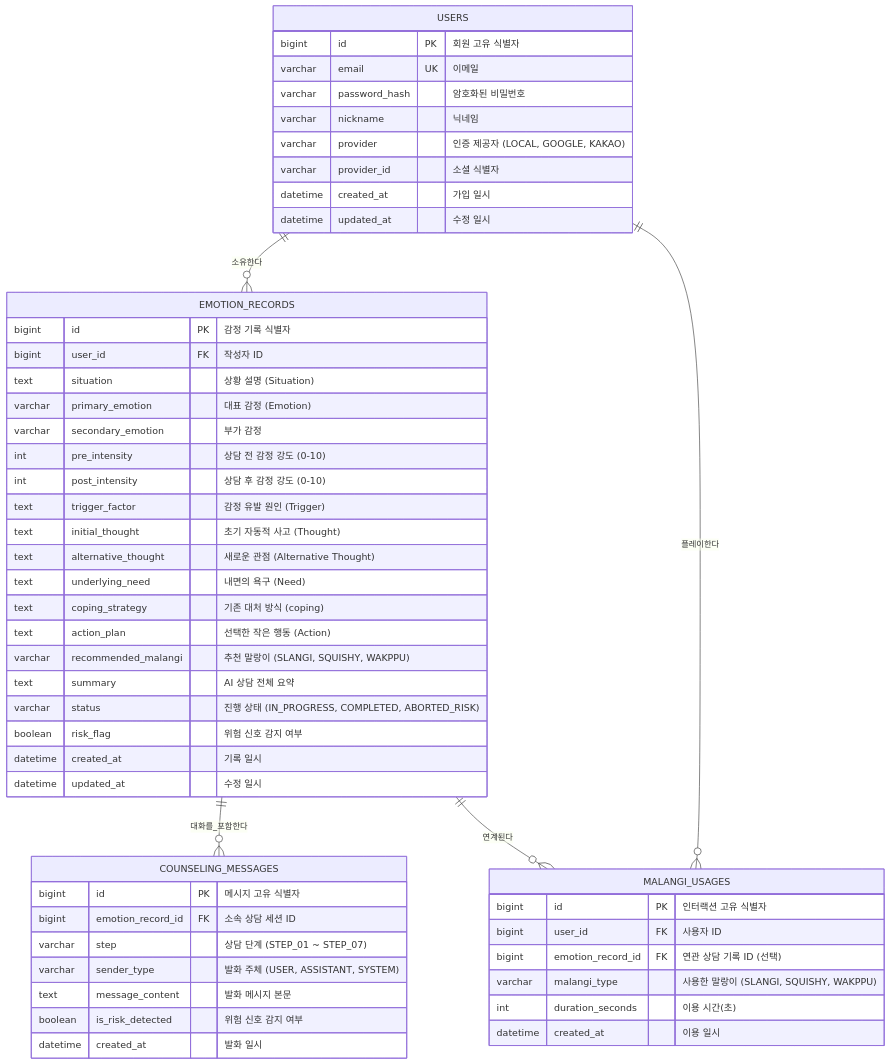
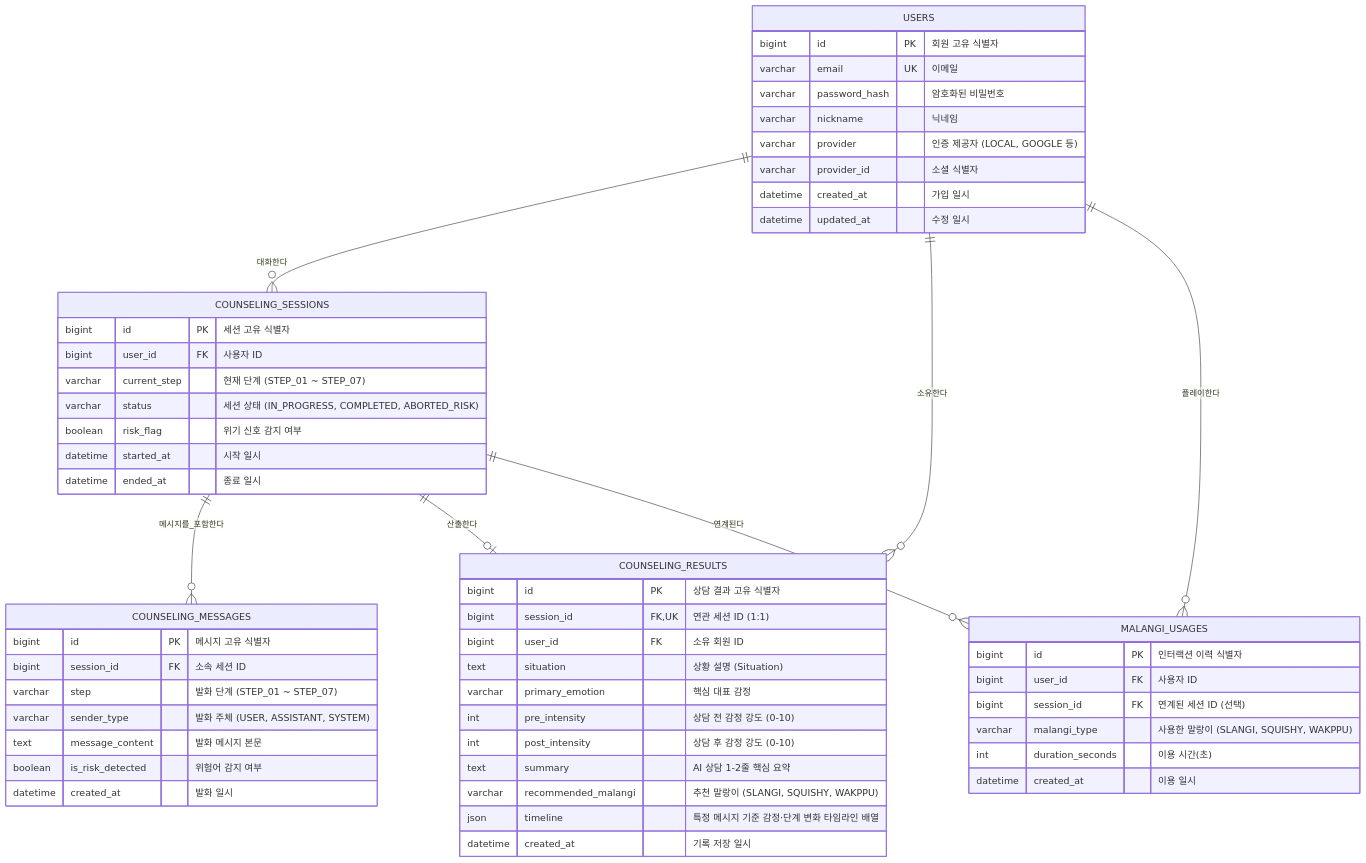
The diagram in docs/database.md (2026Ganzi-Thon/2026_GANZITHON_TEAM_07_BE), drawn with Mermaid before and after one commit. The commit also changed other lines of this file and 1 other file, not shown here.

Commit message:
refactor(db,api): AI 대화 세션 분리 및 상담 결과 타임라인 JSON 배열 구조 반영

````diff
--- a/docs/database.md
+++ b/docs/database.md
@@ -21,59 +21,63 @@
 ```mermaid
 erDiagram
-    USERS ||--o{ EMOTION_RECORDS : "소유한다"
+    USERS ||--o{ COUNSELING_SESSIONS : "대화한다"
+    USERS ||--o{ COUNSELING_RESULTS : "소유한다"
     USERS ||--o{ MALANGI_USAGES : "플레이한다"
-    EMOTION_RECORDS ||--o{ COUNSELING_MESSAGES : "대화를_포함한다"
-    EMOTION_RECORDS ||--o{ MALANGI_USAGES : "연계된다"
+    COUNSELING_SESSIONS ||--o{ COUNSELING_MESSAGES : "메시지를_포함한다"
+    COUNSELING_SESSIONS ||--o| COUNSELING_RESULTS : "산출한다"
+    COUNSELING_SESSIONS ||--o{ MALANGI_USAGES : "연계된다"
 
     USERS {
         bigint id PK "회원 고유 식별자"
         varchar email UK "이메일"
         varchar password_hash "암호화된 비밀번호"
         varchar nickname "닉네임"
-        varchar provider "인증 제공자 (LOCAL, GOOGLE, KAKAO)"
+        varchar provider "인증 제공자 (LOCAL, GOOGLE 등)"
         varchar provider_id "소셜 식별자"
         datetime created_at "가입 일시"
         datetime updated_at "수정 일시"
     }
 
-    EMOTION_RECORDS {
-        bigint id PK "감정 기록 식별자"
-        bigint user_id FK "작성자 ID"
-        text situation "상황 설명 (Situation)"
-        varchar primary_emotion "대표 감정 (Emotion)"
-        varchar secondary_emotion "부가 감정"
-        int pre_intensity "상담 전 감정 강도 (0-10)"
-        int post_intensity "상담 후 감정 강도 (0-10)"
-        text trigger_factor "감정 유발 원인 (Trigger)"
-        text initial_thought "초기 자동적 사고 (Thought)"
-        text alternative_thought "새로운 관점 (Alternative Thought)"
-        text underlying_need "내면의 욕구 (Need)"
-        text coping_strategy "기존 대처 방식 (coping)"
-        text action_plan "선택한 작은 행동 (Action)"
-        varchar recommended_malangi "추천 말랑이 (SLANGI, SQUISHY, WAKPPU)"
-        text summary "AI 상담 전체 요약"
-        varchar status "진행 상태 (IN_PROGRESS, COMPLETED, ABORTED_RISK)"
-        boolean risk_flag "위험 신호 감지 여부"
-        datetime created_at "기록 일시"
-        datetime updated_at "수정 일시"
+    COUNSELING_SESSIONS {
+        bigint id PK "세션 고유 식별자"
+        bigint user_id FK "사용자 ID"
+        varchar current_step "현재 단계 (STEP_01 ~ STEP_07)"
+        varchar status "세션 상태 (IN_PROGRESS, COMPLETED, ABORTED_RISK)"
+        boolean risk_flag "위기 신호 감지 여부"
+        datetime started_at "시작 일시"
+        datetime ended_at "종료 일시"
     }
 
     COUNSELING_MESSAGES {
         bigint id PK "메시지 고유 식별자"
-        bigint emotion_record_id FK "소속 상담 세션 ID"
-        varchar step "상담 단계 (STEP_01 ~ STEP_07)"
+        bigint session_id FK "소속 세션 ID"
+        varchar step "발화 단계 (STEP_01 ~ STEP_07)"
         varchar sender_type "발화 주체 (USER, ASSISTANT, SYSTEM)"
         text message_content "발화 메시지 본문"
-        boolean is_risk_detected "위험 신호 감지 여부"
+        boolean is_risk_detected "위험어 감지 여부"
         datetime created_at "발화 일시"
     }
 
+    COUNSELING_RESULTS {
+        bigint id PK "상담 결과 고유 식별자"
+        bigint session_id FK,UK "연관 세션 ID (1:1)"
+        bigint user_id FK "소유 회원 ID"
+        text situation "상황 설명 (Situation)"
+        varchar primary_emotion "핵심 대표 감정"
+        int pre_intensity "상담 전 감정 강도 (0-10)"
+        int post_intensity "상담 후 감정 강도 (0-10)"
+        text summary "AI 상담 1-2줄 핵심 요약"
+        varchar recommended_malangi "추천 말랑이 (SLANGI, SQUISHY, WAKPPU)"
+        json timeline "특정 메시지 기준 감정·단계 변화 타임라인 배열"
+        datetime created_at "기록 저장 일시"
+    }
+
     MALANGI_USAGES {
-        bigint id PK "인터랙션 고유 식별자"
+        bigint id PK "인터랙션 이력 식별자"
         bigint user_id FK "사용자 ID"
-        bigint emotion_record_id FK "연관 상담 기록 ID (선택)"
+        bigint session_id FK "연계된 세션 ID (선택)"
         varchar malangi_type "사용한 말랑이 (SLANGI, SQUISHY, WAKPPU)"
         int duration_seconds "이용 시간(초)"
         datetime created_at "이용 일시"
     }
 ```
````
